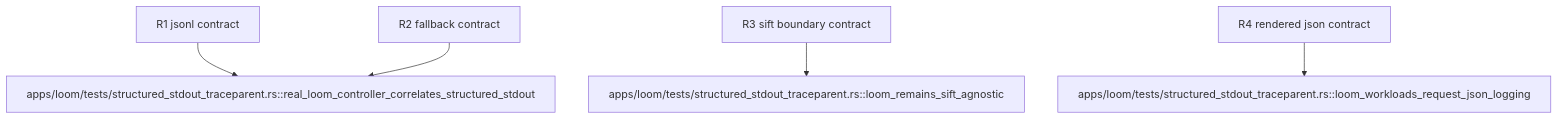
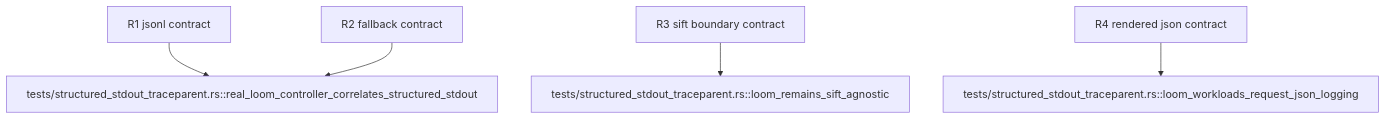
Before and after one commit to faberline/loom: the second of 2 diagrams in tech-design/interfaces/rest/adopt-sift-owned-operational-telemetry-contract.md, drawn with Mermaid. The commit also changed other lines of this file and 34 other files, not shown here.

````diff
--- a/tech-design/interfaces/rest/adopt-sift-owned-operational-telemetry-contract.md
+++ b/tech-design/interfaces/rest/adopt-sift-owned-operational-telemetry-contract.md
@@ -83,35 +83,35 @@
 ```mermaid
 ---
 id: loom-telemetry-contract-verification
 requirements:
   fallback_contract:
     id: R2
     text: "Missing and malformed traceparent values do not crash Loom and produce independent valid local correlation roots."
     kind: negative
     risk: medium
-    verify: apps/loom/tests/structured_stdout_traceparent.rs::real_loom_controller_correlates_structured_stdout
+    verify: tests/structured_stdout_traceparent.rs::real_loom_controller_correlates_structured_stdout
   jsonl_contract:
     id: R1
     text: "A valid W3C request to a real Loom controller produces a schema-valid completion record with Loom identity, inherited trace id, parent span id, flags, and a distinct local span."
     kind: functional
     risk: high
-    verify: apps/loom/tests/structured_stdout_traceparent.rs::real_loom_controller_correlates_structured_stdout
+    verify: tests/structured_stdout_traceparent.rs::real_loom_controller_correlates_structured_stdout
   rendered_json_contract:
     id: R4
     text: "The controller static and operator-rendered workloads select JSON logging without modifying scale or state inputs."
     kind: regression
     risk: medium
-    verify: apps/loom/tests/structured_stdout_traceparent.rs::loom_workloads_request_json_logging
+    verify: tests/structured_stdout_traceparent.rs::loom_workloads_request_json_logging
   sift_boundary_contract:
     id: R3
     text: "The producer does not acquire a direct Sift linkage while the future external collector can consume stdout unchanged."
     kind: negative
     risk: high
-    verify: apps/loom/tests/structured_stdout_traceparent.rs::loom_remains_sift_agnostic
+    verify: tests/structured_stdout_traceparent.rs::loom_remains_sift_agnostic
 ---
 flowchart TD
-    r1[R1 jsonl contract] --> apps_loom_tests_structured_stdout_traceparent_rs_real_loom_controller_correlates_structured_stdout[apps/loom/tests/structured_stdout_traceparent.rs::real_loom_controller_correlates_structured_stdout]
+    r1[R1 jsonl contract] --> apps_loom_tests_structured_stdout_traceparent_rs_real_loom_controller_correlates_structured_stdout[tests/structured_stdout_traceparent.rs::real_loom_controller_correlates_structured_stdout]
     r2[R2 fallback contract] --> apps_loom_tests_structured_stdout_traceparent_rs_real_loom_controller_correlates_structured_stdout
-    r3[R3 sift boundary contract] --> apps_loom_tests_structured_stdout_traceparent_rs_loom_remains_sift_agnostic[apps/loom/tests/structured_stdout_traceparent.rs::loom_remains_sift_agnostic]
-    r4[R4 rendered json contract] --> apps_loom_tests_structured_stdout_traceparent_rs_loom_workloads_request_json_logging[apps/loom/tests/structured_stdout_traceparent.rs::loom_workloads_request_json_logging]
+    r3[R3 sift boundary contract] --> apps_loom_tests_structured_stdout_traceparent_rs_loom_remains_sift_agnostic[tests/structured_stdout_traceparent.rs::loom_remains_sift_agnostic]
+    r4[R4 rendered json contract] --> apps_loom_tests_structured_stdout_traceparent_rs_loom_workloads_request_json_logging[tests/structured_stdout_traceparent.rs::loom_workloads_request_json_logging]
 ```
````
